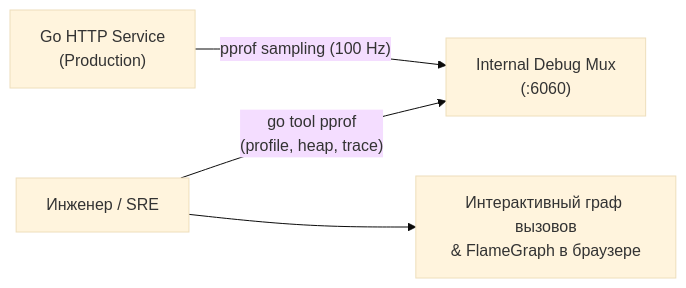
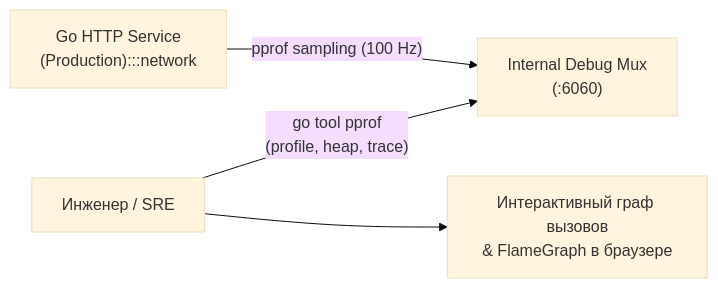
One commit to UnrealTemplier/go-textbook changed the first of 5 diagrams in sources/10. Проектирование API и Сетевые протоколы/39. API performance.md. Above: the diagram before and after it, drawn with Mermaid (base theme). The commit also changed other lines of this file and 1666 other files, not shown here.

First line of the commit message:
feat(mermaid): add semantic color classDef to 1369 colorless flowchart/graph diagrams

````diff
--- a/sources/10. Проектирование API и Сетевые протоколы/39. API performance.md
+++ b/sources/10. Проектирование API и Сетевые протоколы/39. API performance.md
@@ -24,6 +24,16 @@
 ```mermaid
 flowchart LR
-    GoApp["Go HTTP Service\n(Production)"] -->|"pprof sampling (100 Hz)"| PprofMux["Internal Debug Mux\n(:6060)"]
+    classDef process  fill:#1e293b,stroke:#38bdf8,stroke-width:1px,color:#f8fafc
+    classDef success  fill:#064e3b,stroke:#34d399,stroke-width:1px,color:#f8fafc
+    classDef error    fill:#7f1d1d,stroke:#f87171,stroke-width:1px,color:#f8fafc
+    classDef warning  fill:#78350f,stroke:#fbbf24,stroke-width:1px,color:#f8fafc
+    classDef entry    fill:#1e3a5f,stroke:#38bdf8,stroke-width:2px,color:#f8fafc
+    classDef aux      fill:#334155,stroke:#64748b,stroke-width:1px,color:#f8fafc
+    classDef system   fill:#312e81,stroke:#a78bfa,stroke-width:1px,color:#f8fafc
+    classDef data     fill:#132d29,stroke:#2dd4bf,stroke-width:1px,color:#f8fafc
+    classDef network  fill:#881337,stroke:#fb7185,stroke-width:1px,color:#f8fafc
+    classDef accent   fill:#1e1b4b,stroke:#818cf8,stroke-width:1px,color:#f8fafc
+    GoApp["Go HTTP Service\n(Production):::network"] -->|"pprof sampling (100 Hz)"| PprofMux["Internal Debug Mux\n(:6060)"]
     Admin["Инженер / SRE"] -->|"go tool pprof\n(profile, heap, trace)"| PprofMux
     Admin --> FlameGraph["Интерактивный граф вызовов\n& FlameGraph в браузере"]
 ```
````
